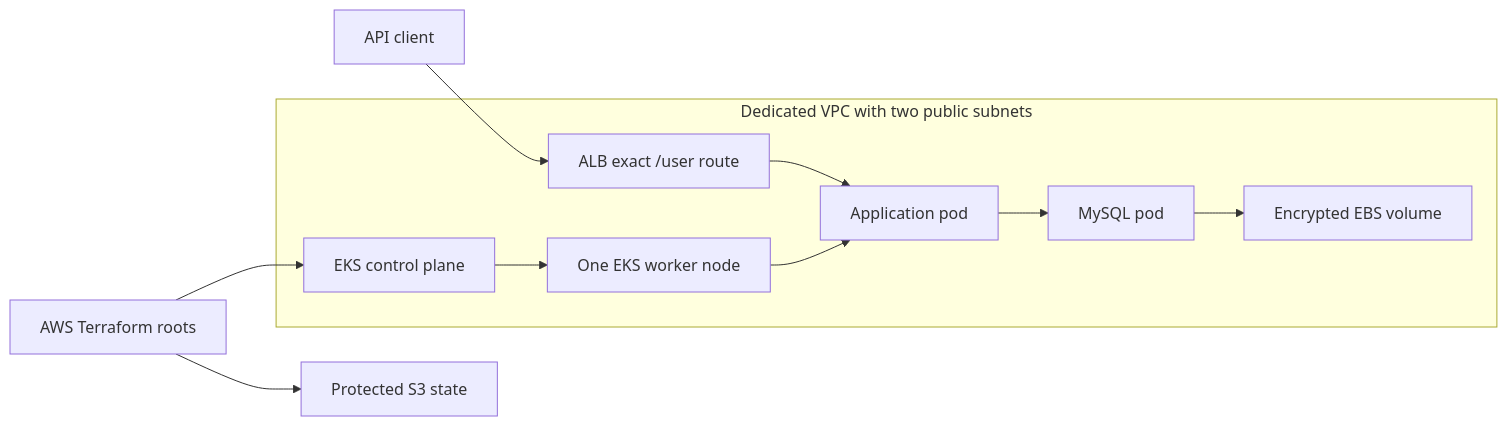
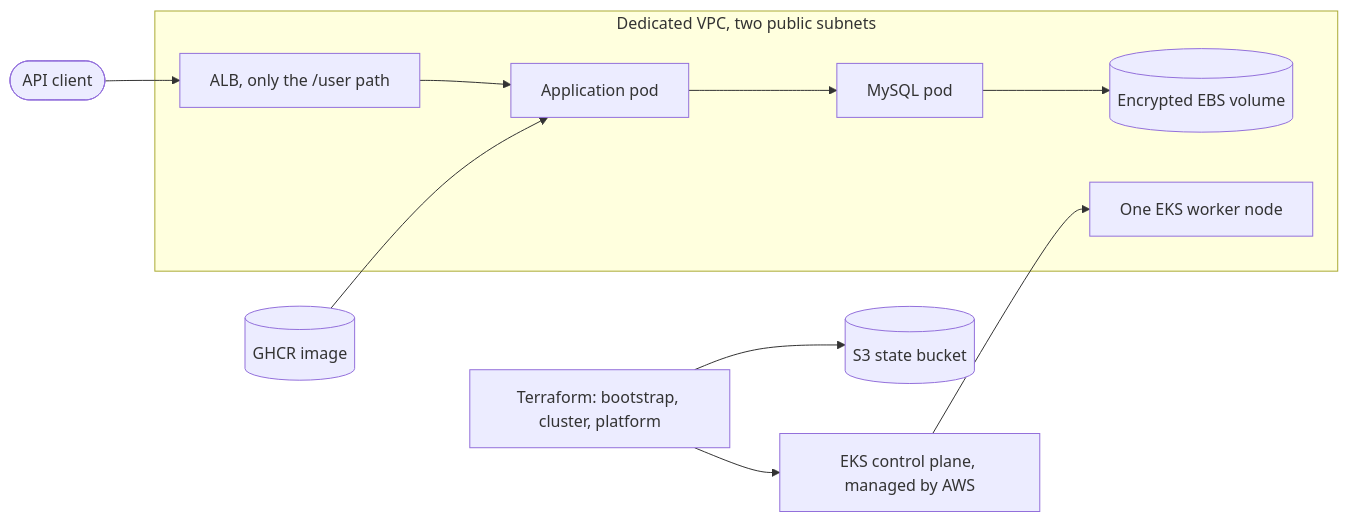
The seventh of 8 diagrams in README.md (ouemnaa/crewmeister-devops-challenge), drawn with Mermaid before and after one commit. The commit also changed other lines of this file, not shown here.

````diff
--- a/README.md
+++ b/README.md
@@ -336,13 +358,16 @@
 ```mermaid
 flowchart LR
-    client[API client] --> alb[ALB exact /user route]
-    subgraph vpc[Dedicated VPC with two public subnets]
-        alb --> app[Application pod]
-        eks[EKS control plane] --> node[One EKS worker node]
-        node --> app
-        app --> mysql[MySQL pod]
-        mysql --> ebs[Encrypted EBS volume]
+    client(["API client"]) --> alb["ALB, only the /user path"]
+
+    subgraph vpc ["Dedicated VPC, two public subnets"]
+        alb --> app["Application pod"]
+        app --> mysql["MySQL pod"]
+        mysql --> ebs[("Encrypted EBS volume")]
+        node["One EKS worker node"]
     end
-    terraform[AWS Terraform roots] --> eks
-    terraform --> s3[Protected S3 state]
+
+    eks["EKS control plane, managed by AWS"] --> node
+    tf["Terraform: bootstrap, cluster, platform"] --> eks
+    tf --> s3[("S3 state bucket")]
+    ghcr[("GHCR image")] --> app
 ```
````
